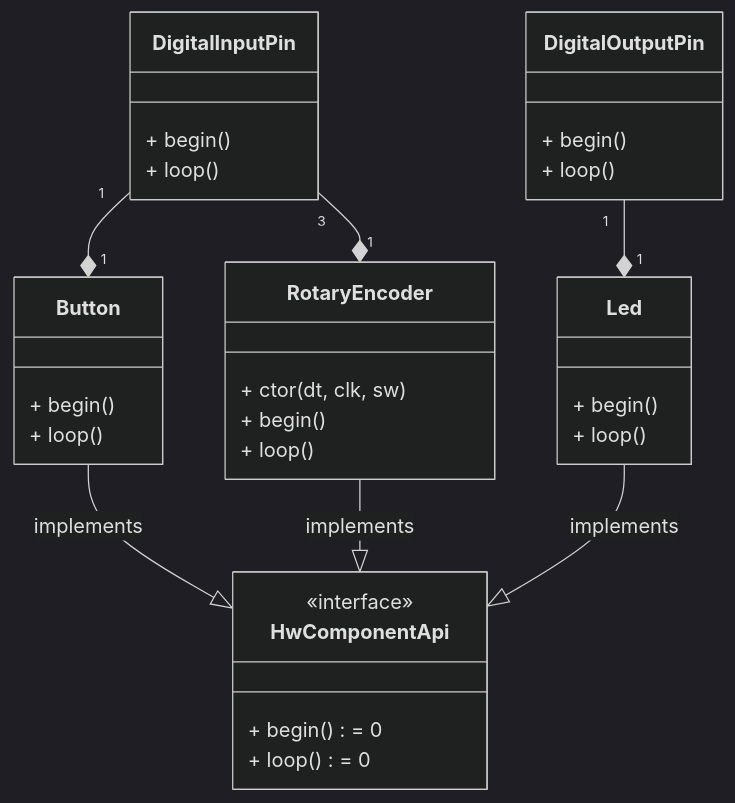
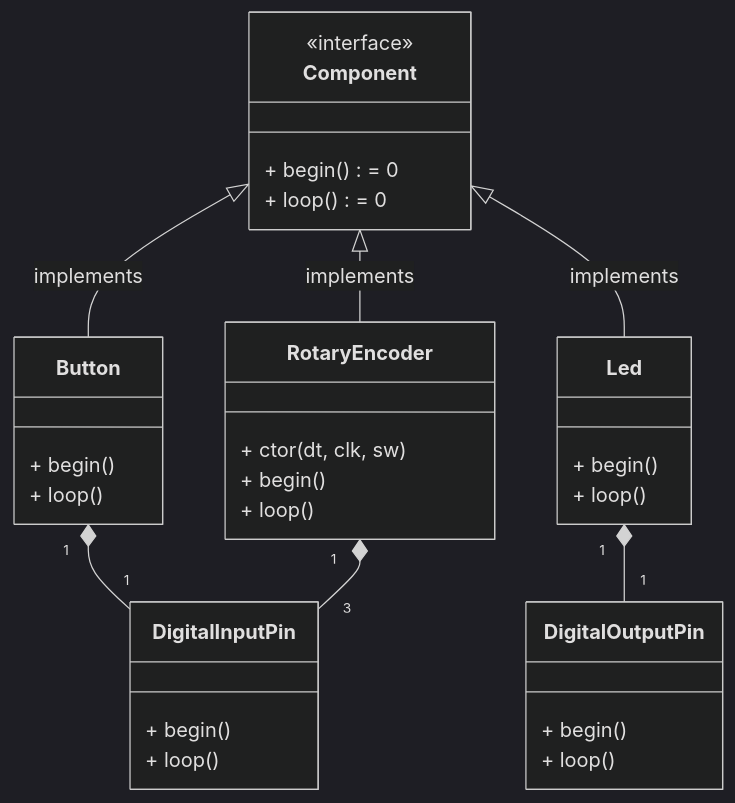
Before and after one commit to aserebryakov/arduino-cpp-components-library: the third of 4 diagrams in README.md, drawn with Mermaid (dark theme). The commit also changed other lines of this file, not shown here.

Commit message:
Documentation: Updates diagrams to be properly oriented and correspond namings in the code

````diff
--- a/README.md
+++ b/README.md
@@ -85,42 +86,43 @@
 ```mermaid
 classDiagram
-    class HwComponentApi {
+    direction BT
+    class Component {
         <<interface>>
         + begin() = 0
         + loop() = 0
     }
     
     class DigitalInputPin {
         + begin()
         + loop()
     }
 
     class Button {
         + begin()
         + loop()
     }
 
     class RotaryEncoder {
         + ctor(dt, clk, sw)
         + begin()
         + loop()
     }
 
     DigitalInputPin "1" --* "1" Button
     DigitalInputPin "3" --* "1" RotaryEncoder
 
     class DigitalOutputPin {
         + begin()
         + loop()
     }
 
     class Led {
         + begin()
         + loop()
     }
 
     DigitalOutputPin "1" --* "1" Led
-    RotaryEncoder --|> HwComponentApi : implements
-    Led --|> HwComponentApi : implements
-    Button --|> HwComponentApi : implements
+    RotaryEncoder --|> Component : implements
+    Led --|> Component : implements
+    Button --|> Component : implements
 ```
````
